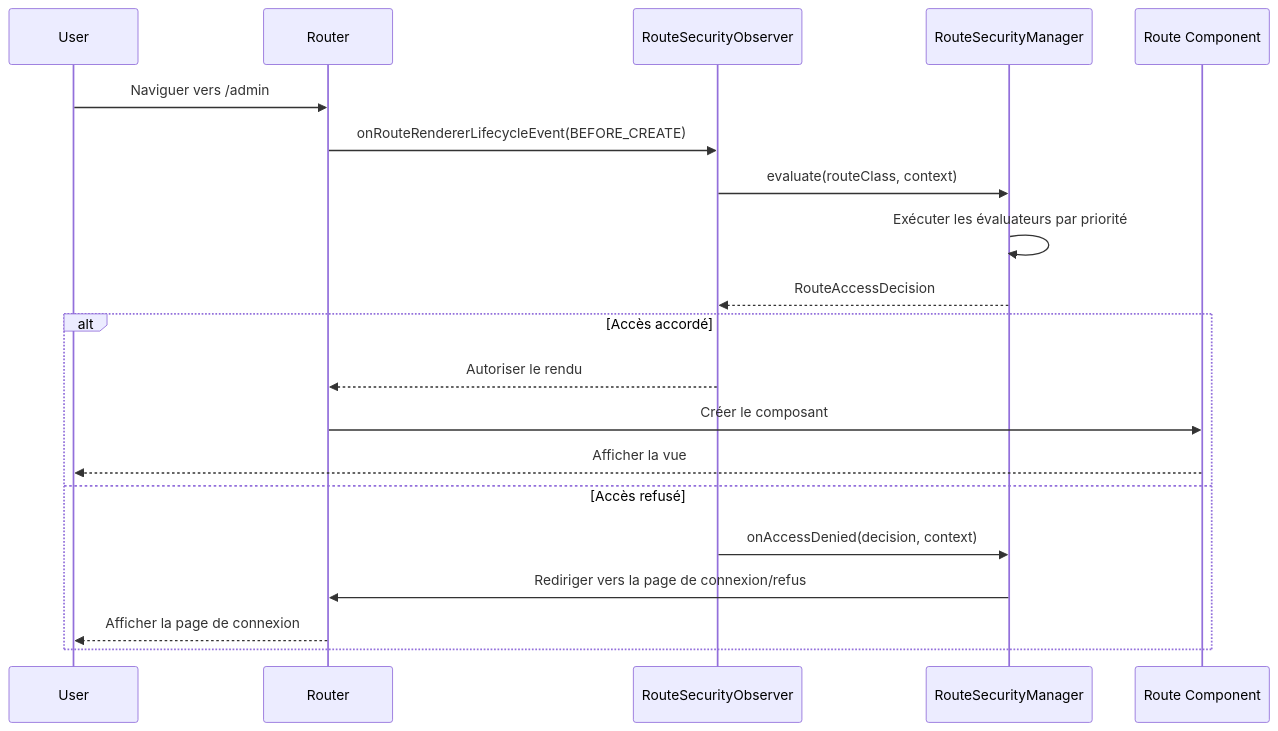
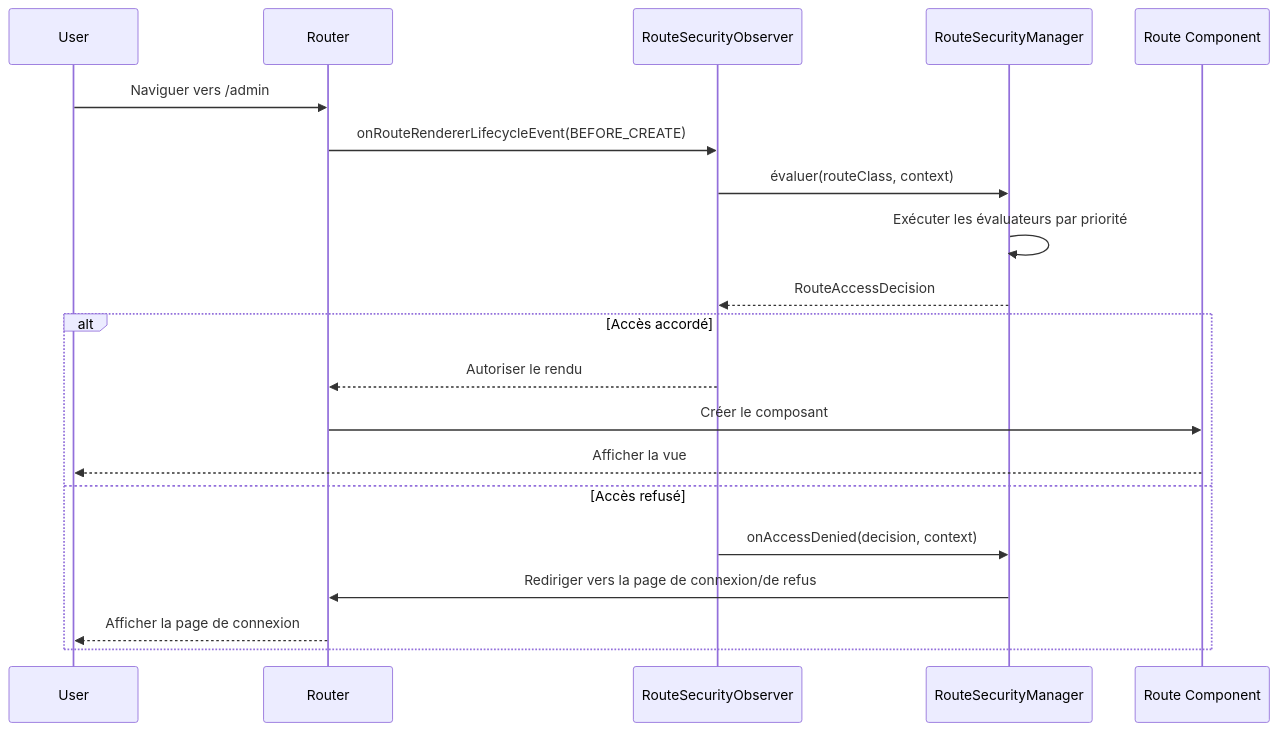
One commit to webforj/webforj-documentation changed the diagram in docs/i18n/fr/docusaurus-plugin-content-docs/current/security/architecture/navigation-flow.md. Above: the diagram before and after it, drawn with Mermaid. The commit also changed other lines of this file and 389 other files, not shown here.

````diff
--- a/docs/i18n/fr/docusaurus-plugin-content-docs/current/security/architecture/navigation-flow.md
+++ b/docs/i18n/fr/docusaurus-plugin-content-docs/current/security/architecture/navigation-flow.md
@@ -33,24 +33,24 @@
 ```mermaid
 sequenceDiagram
-    participant User
-    participant Router
-    participant Observer as RouteSecurityObserver
-    participant Manager as RouteSecurityManager
-    participant Component as Route Component
+  participant User
+  participant Router
+  participant Observer as RouteSecurityObserver
+  participant Manager as RouteSecurityManager
+  participant Component as Route Component
 
-    User->>Router: Naviguer vers /admin
-    Router->>Observer: onRouteRendererLifecycleEvent(BEFORE_CREATE)
-    Observer->>Manager: evaluate(routeClass, context)
-    Manager->>Manager: Exécuter les évaluateurs par priorité
-    Manager-->>Observer: RouteAccessDecision
+  User->>Router: Naviguer vers /admin
+  Router->>Observer: onRouteRendererLifecycleEvent(BEFORE_CREATE)
+  Observer->>Manager: évaluer(routeClass, context)
+  Manager->>Manager: Exécuter les évaluateurs par priorité
+  Manager-->>Observer: RouteAccessDecision
 
-    alt Accès accordé
-        Observer-->>Router: Autoriser le rendu
-        Router->>Component: Créer le composant
-        Component-->>User: Afficher la vue
-    else Accès refusé
-        Observer->>Manager: onAccessDenied(decision, context)
-        Manager->>Router: Rediriger vers la page de connexion/refus
-        Router-->>User: Afficher la page de connexion
-    end
+  alt Accès accordé
+    Observer-->>Router: Autoriser le rendu
+    Router->>Component: Créer le composant
+    Component-->>User: Afficher la vue
+  else Accès refusé
+    Observer->>Manager: onAccessDenied(decision, context)
+    Manager->>Router: Rediriger vers la page de connexion/de refus
+    Router-->>User: Afficher la page de connexion
+  end
 ```
````
